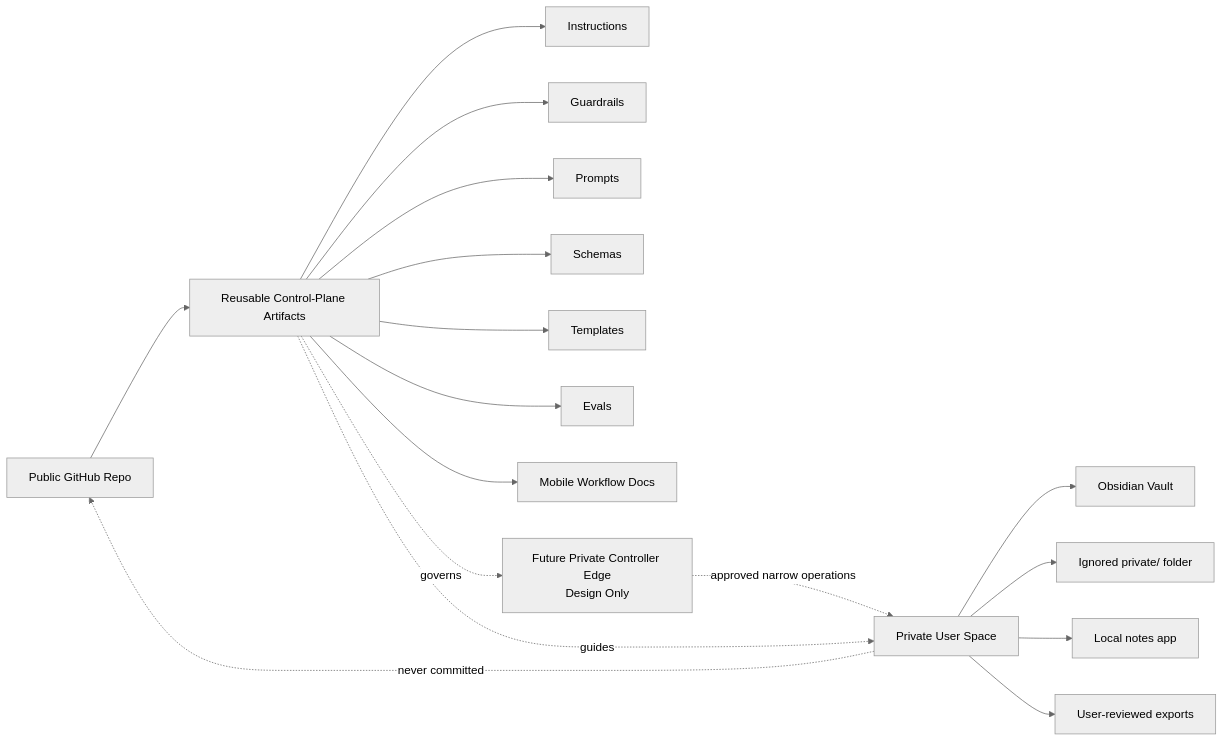
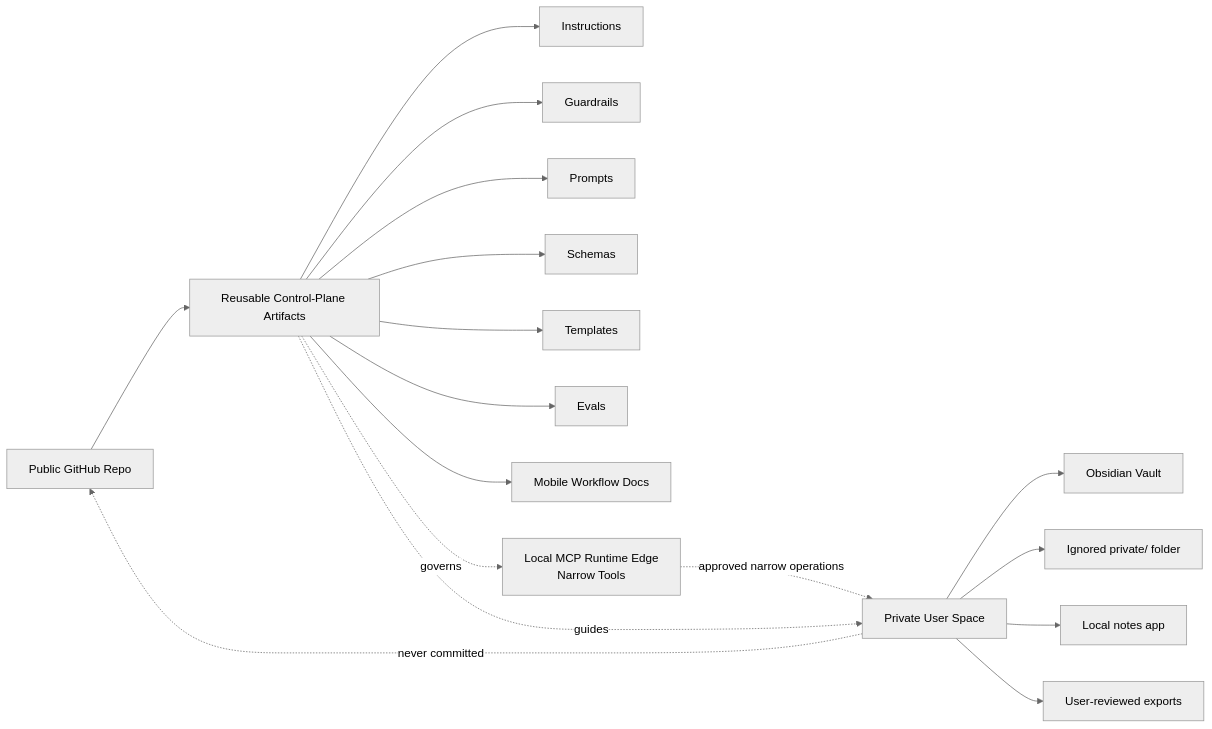
The diagram in docs/architecture.md (ElvinMorales/journal-agent), drawn with Mermaid (neutral theme) before and after one commit. The commit also changed other lines of this file and 19 other files, not shown here.

````diff
--- a/docs/architecture.md
+++ b/docs/architecture.md
@@ -13,22 +13,22 @@
 ```mermaid
 flowchart LR
     A[Public GitHub Repo] --> B[Reusable Control-Plane Artifacts]
     B --> B1[Instructions]
     B --> B2[Guardrails]
     B --> B3[Prompts]
     B --> B4[Schemas]
     B --> B5[Templates]
     B --> B6[Evals]
     B --> B7[Mobile Workflow Docs]
 
     C[Private User Space] --> C1[Obsidian Vault]
     C --> C2[Ignored private/ folder]
     C --> C3[Local notes app]
     C --> C4[User-reviewed exports]
 
-    D[Future Private Controller Edge<br/>Design Only] -. approved narrow operations .-> C
+    D[Local MCP Runtime Edge<br/>Narrow Tools] -. approved narrow operations .-> C
     B -. governs .-> D
 
     B -. guides .-> C
     C -. never committed .-> A
 ```
````
